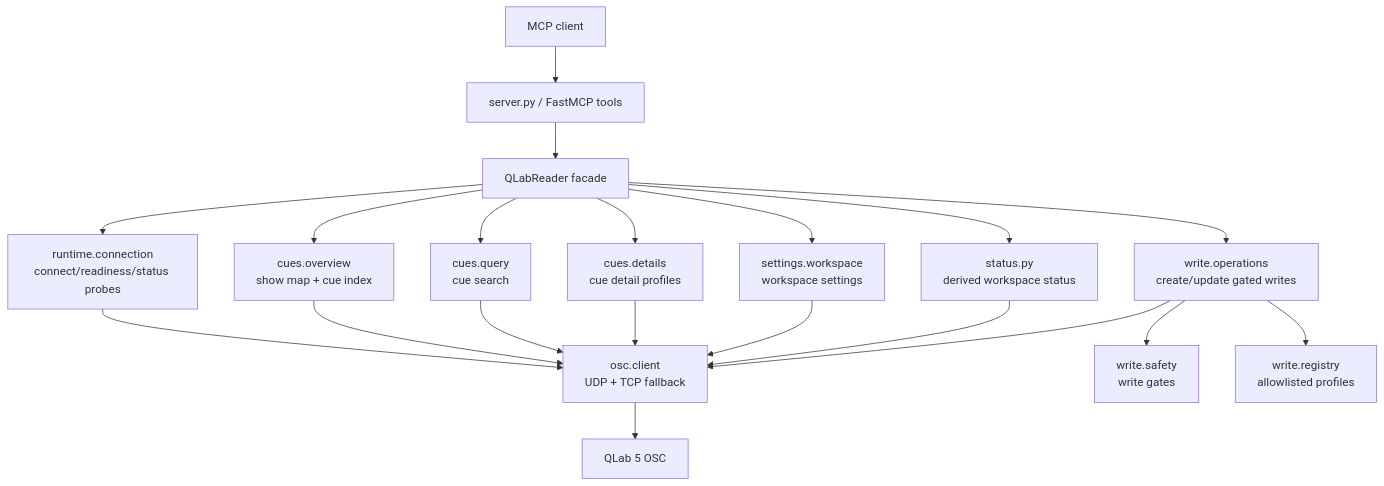
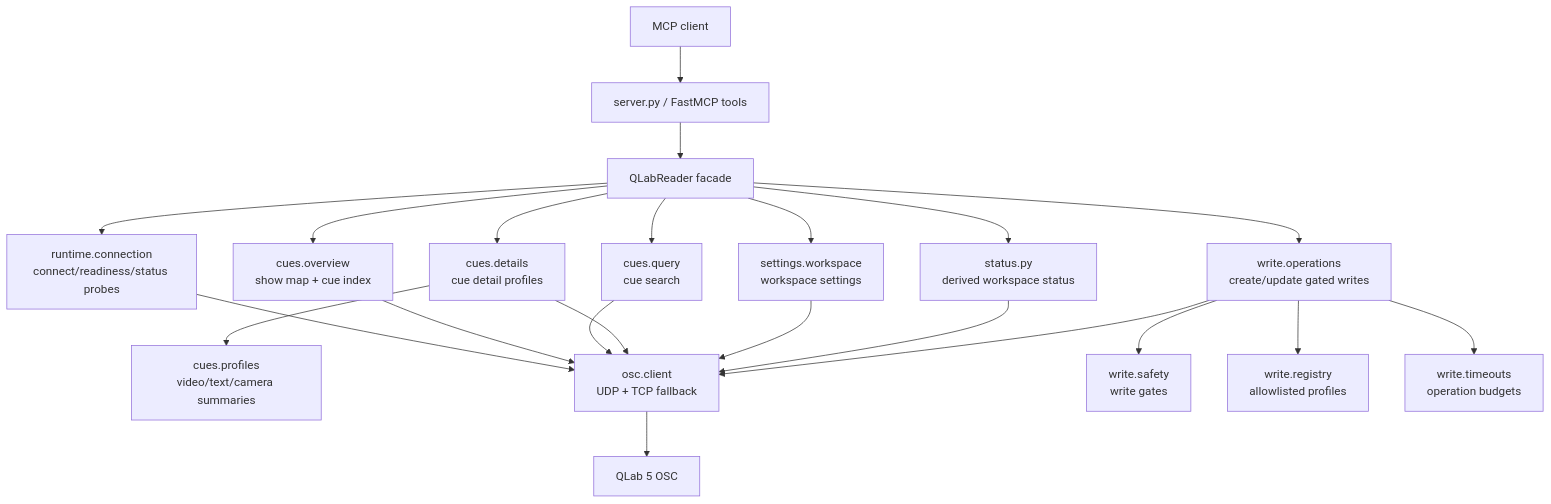
The first of 6 diagrams in docs/current/architecture/codebase_graphs.md (MarcheKEN/Qlab-MCP), drawn with Mermaid before and after one commit. The commit also changed other lines of this file and 14 other files, not shown here.

````diff
--- a/docs/current/architecture/codebase_graphs.md
+++ b/docs/current/architecture/codebase_graphs.md
@@ -15,25 +17,27 @@
 ```mermaid
 flowchart TD
     Client["MCP client"] --> Server["server.py / FastMCP tools"]
     Server --> Reader["QLabReader facade"]
 
     Reader --> Connection["runtime.connection<br/>connect/readiness/status probes"]
     Reader --> Overview["cues.overview<br/>show map + cue index"]
     Reader --> Query["cues.query<br/>cue search"]
     Reader --> Details["cues.details<br/>cue detail profiles"]
     Reader --> Settings["settings.workspace<br/>workspace settings"]
     Reader --> Status["status.py<br/>derived workspace status"]
     Reader --> Write["write.operations<br/>create/update gated writes"]
 
+    Details --> Profiles["cues.profiles<br/>video/text/camera summaries"]
     Connection --> OSC["osc.client<br/>UDP + TCP fallback"]
     Overview --> OSC
     Query --> OSC
     Details --> OSC
     Settings --> OSC
     Status --> OSC
     Write --> Safety["write.safety<br/>write gates"]
     Write --> Registry["write.registry<br/>allowlisted profiles"]
+    Write --> Timeouts["write.timeouts<br/>operation budgets"]
     Write --> OSC
 
     OSC --> QLab["QLab 5 OSC"]
 ```
````
